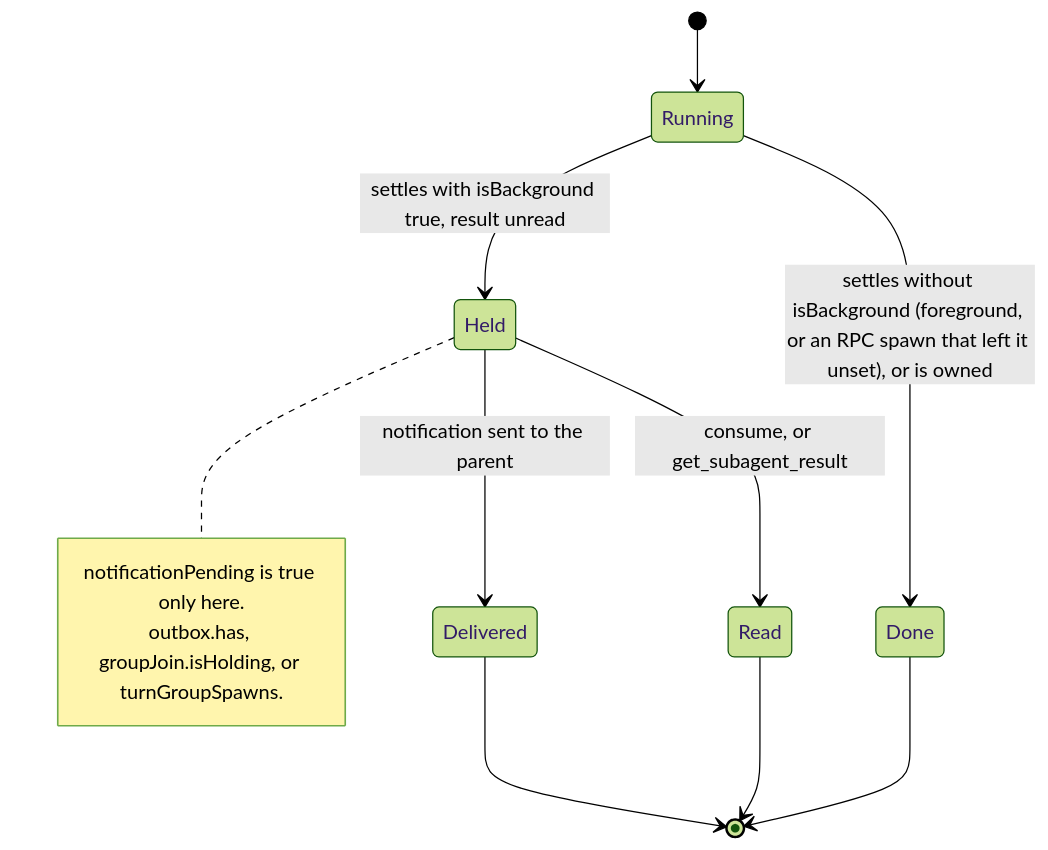
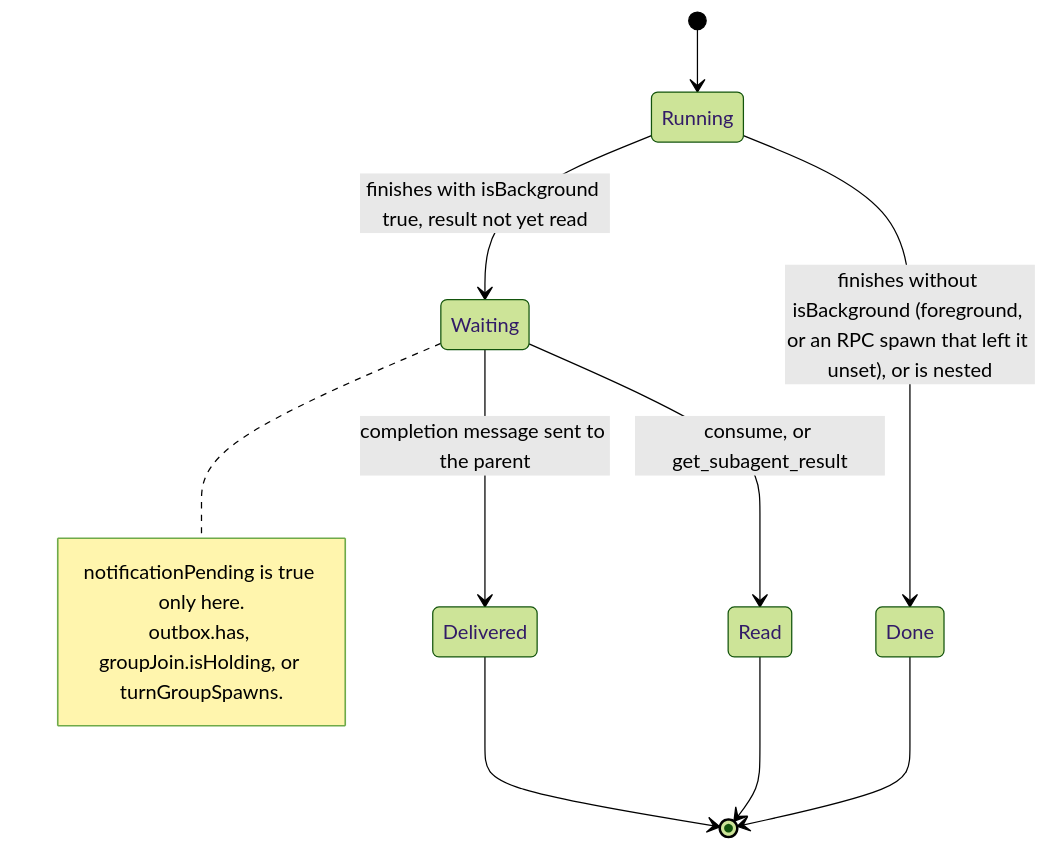
Before and after one commit to tintinweb/pi-subagents: the sixth of 6 diagrams in docs/rpc.md, drawn with Mermaid (forest theme). The commit also changed other lines of this file and 2 other files, not shown here.

Commit message:
docs(rpc): reword the bus API docs in plain language

````diff
--- a/docs/rpc.md
+++ b/docs/rpc.md
@@ -261,15 +272,15 @@
 ```mermaid
 stateDiagram-v2
   [*] --> Running
-  Running --> Held: settles with isBackground true, result unread
-  Running --> Done: settles without isBackground (foreground, or an RPC spawn that left it unset), or is owned
-  Held --> Delivered: notification sent to the parent
-  Held --> Read: consume, or get_subagent_result
+  Running --> Waiting: finishes with isBackground true, result not yet read
+  Running --> Done: finishes without isBackground (foreground, or an RPC spawn that left it unset), or is nested
+  Waiting --> Delivered: completion message sent to the parent
+  Waiting --> Read: consume, or get_subagent_result
   Delivered --> [*]
   Read --> [*]
   Done --> [*]
-  note right of Held
+  note right of Waiting
     notificationPending is true only here.
     outbox.has, groupJoin.isHolding, or turnGroupSpawns.
   end note
 ```
````
